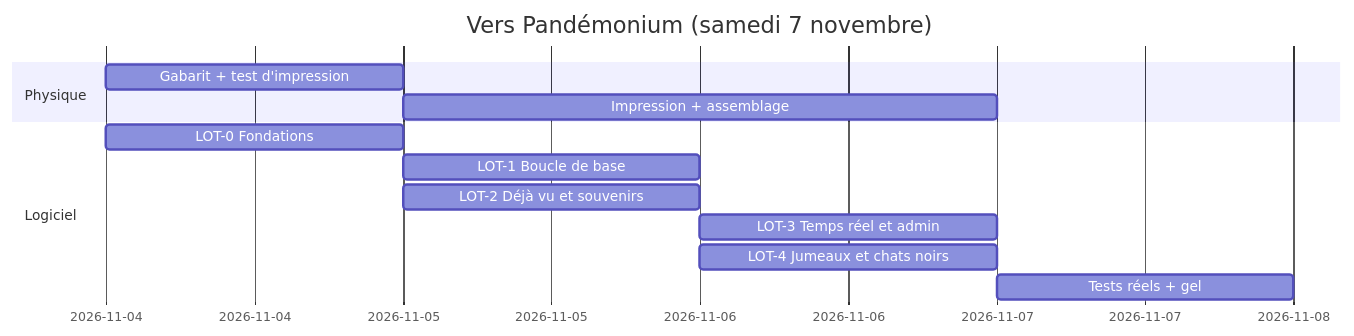
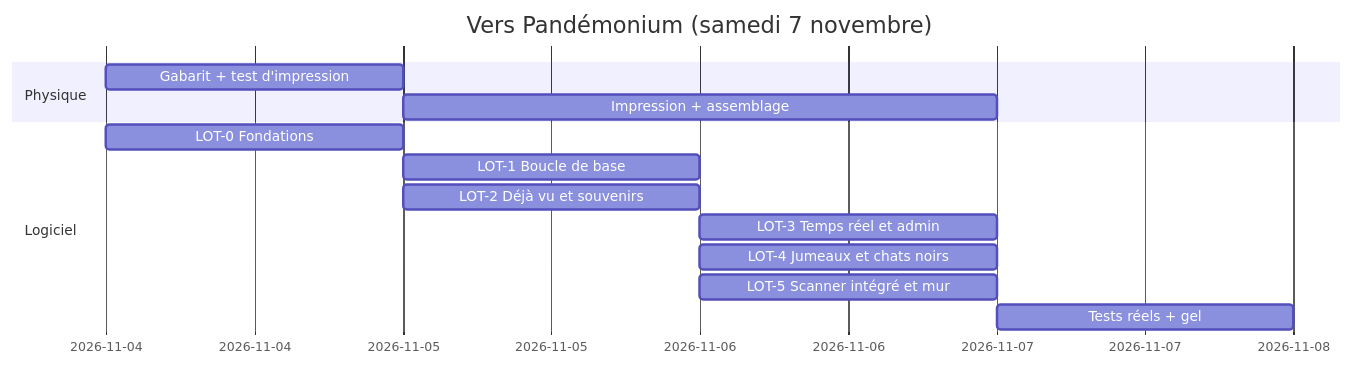
Before and after one commit to trash-anger/pandemonium2026: the diagram in specs/plan-implementation.md, drawn with Mermaid. The commit also changed other lines of this file and 22 other files, not shown here.

````diff
--- a/specs/plan-implementation.md
+++ b/specs/plan-implementation.md
@@ -14,15 +14,16 @@
 ```mermaid
 gantt
     dateFormat  YYYY-MM-DD
     title Vers Pandémonium (samedi 7 novembre)
     section Physique
     Gabarit + test d'impression       :p1, 2026-11-04, 1d
     Impression + assemblage           :p2, after p1, 2d
     section Logiciel
     LOT-0 Fondations                  :l0, 2026-11-04, 1d
     LOT-1 Boucle de base              :l1, after l0, 1d
     LOT-2 Déjà vu et souvenirs        :l2, 2026-11-05, 1d
     LOT-3 Temps réel et admin         :l3, 2026-11-06, 1d
     LOT-4 Jumeaux et chats noirs      :l4, 2026-11-06, 1d
+    LOT-5 Scanner intégré et mur      :l5, 2026-11-06, 1d
     Tests réels + gel                 :t1, 2026-11-07, 1d
 ```
````
